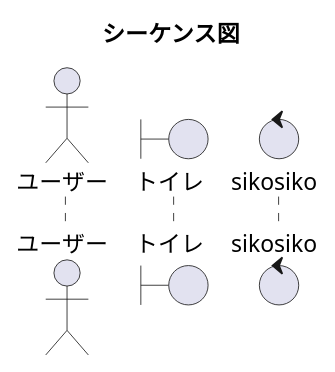
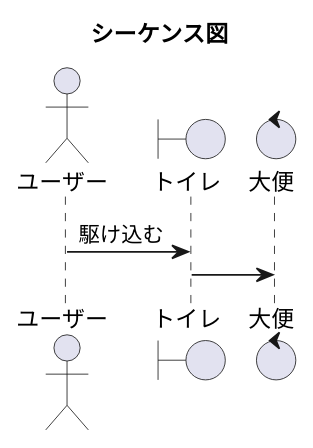
The diagram in jissyu3_3.wsd (ninomiya-hibiki/laravelapp), drawn with PlantUML before and after one commit. The commit also changed 2 other files, not shown here.

```diff
--- a/jissyu3_3.wsd
+++ b/jissyu3_3.wsd
@@ -1,6 +1,9 @@
 @startuml
 title シーケンス図
 actor ユーザー as A
 Boundary トイレ as B
-control sikosiko as C
+control 大便 as C
+
+A->B:駆け込む
+B->C:
 @enduml
```
